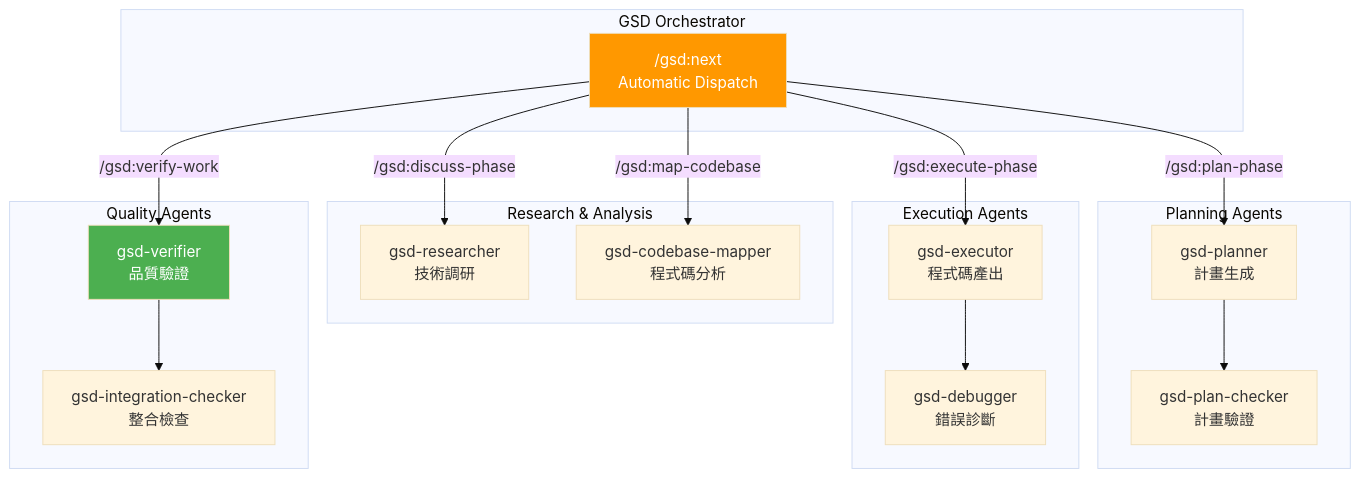
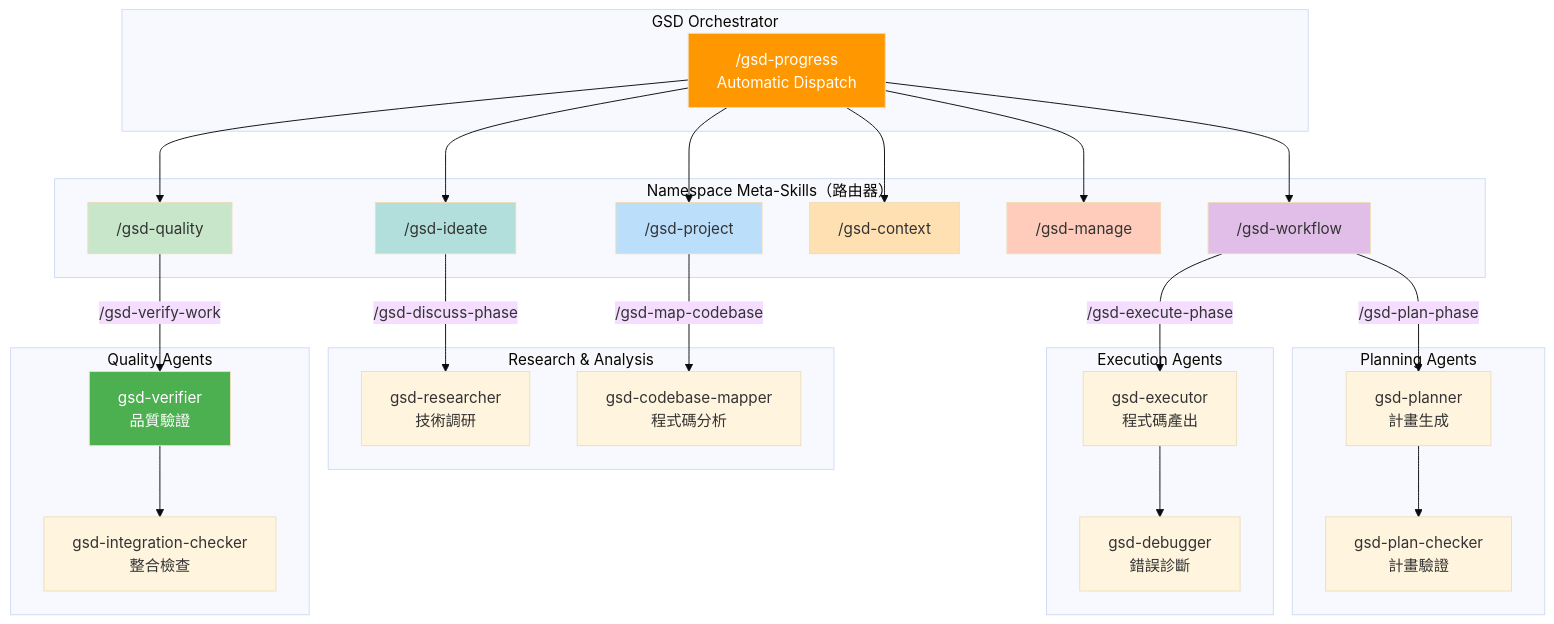
Diagram 15 of 25 in content/posts/教學/AI開發/get-shit-done(GSD)教學手冊.md (chihhung/Blog), drawn with Mermaid (base theme) before and after one commit. The commit also changed other lines of this file and 12 other files, not shown here.

````diff
--- a/content/posts/教學/AI開發/get-shit-done(GSD)教學手冊.md
+++ b/content/posts/教學/AI開發/get-shit-done(GSD)教學手冊.md
@@ -3163,39 +3308,55 @@
 ```mermaid
 graph TB
     subgraph "GSD Orchestrator"
-        Main["/gsd:next\nAutomatic Dispatch"]
+        Main["/gsd-progress\nAutomatic Dispatch"]
+    end
+    
+    subgraph "Namespace Meta-Skills（路由器）"
+        WF["/gsd-workflow"]
+        PJ["/gsd-project"]
+        QA["/gsd-quality"]
+        CT["/gsd-context"]
+        MG["/gsd-manage"]
+        ID["/gsd-ideate"]
     end
     
     subgraph "Planning Agents"
         Planner[gsd-planner<br/>計畫生成]
         PlanChecker[gsd-plan-checker<br/>計畫驗證]
     end
     
     subgraph "Execution Agents"
         Executor[gsd-executor<br/>程式碼產出]
         Debugger[gsd-debugger<br/>錯誤診斷]
     end
     
     subgraph "Research & Analysis"
         Researcher[gsd-researcher<br/>技術調研]
         Mapper[gsd-codebase-mapper<br/>程式碼分析]
     end
     
     subgraph "Quality Agents"
         Verifier[gsd-verifier<br/>品質驗證]
         IntChecker[gsd-integration-checker<br/>整合檢查]
     end
     
-    Main -->|/gsd:plan-phase| Planner
-    Main -->|/gsd:execute-phase| Executor
-    Main -->|/gsd:verify-work| Verifier
-    Main -->|/gsd:discuss-phase| Researcher
-    Main -->|/gsd:map-codebase| Mapper
+    Main --> WF & PJ & QA & CT & MG & ID
+    WF -->|/gsd-plan-phase| Planner
+    WF -->|/gsd-execute-phase| Executor
+    QA -->|/gsd-verify-work| Verifier
+    ID -->|/gsd-discuss-phase| Researcher
+    PJ -->|/gsd-map-codebase| Mapper
     
     Planner --> PlanChecker
     Executor --> Debugger
     Verifier --> IntChecker
     
     style Main fill:#ff9800,color:#fff
     style Verifier fill:#4caf50,color:#fff
+    style WF fill:#e1bee7
+    style PJ fill:#bbdefb
+    style QA fill:#c8e6c9
+    style CT fill:#ffe0b2
+    style MG fill:#ffccbc
+    style ID fill:#b2dfdb
 ```
````
